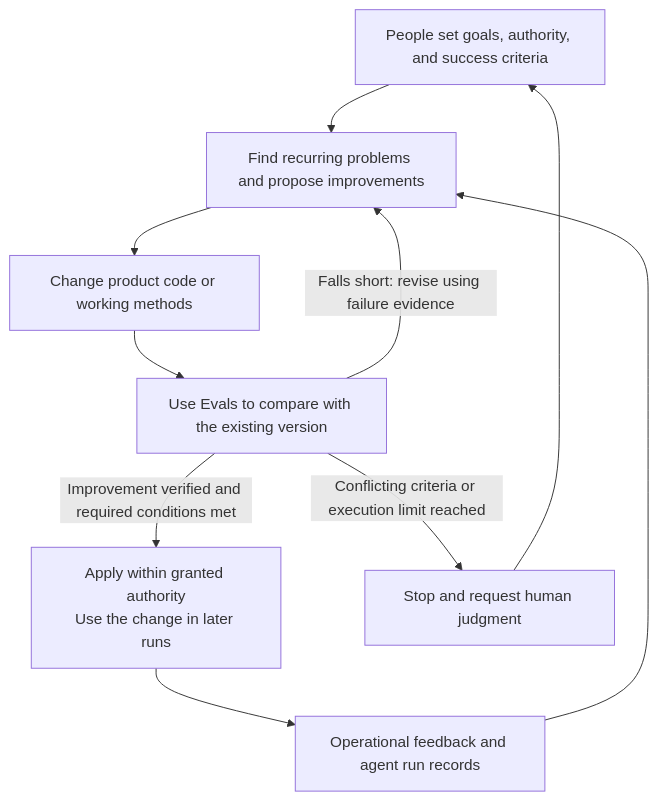
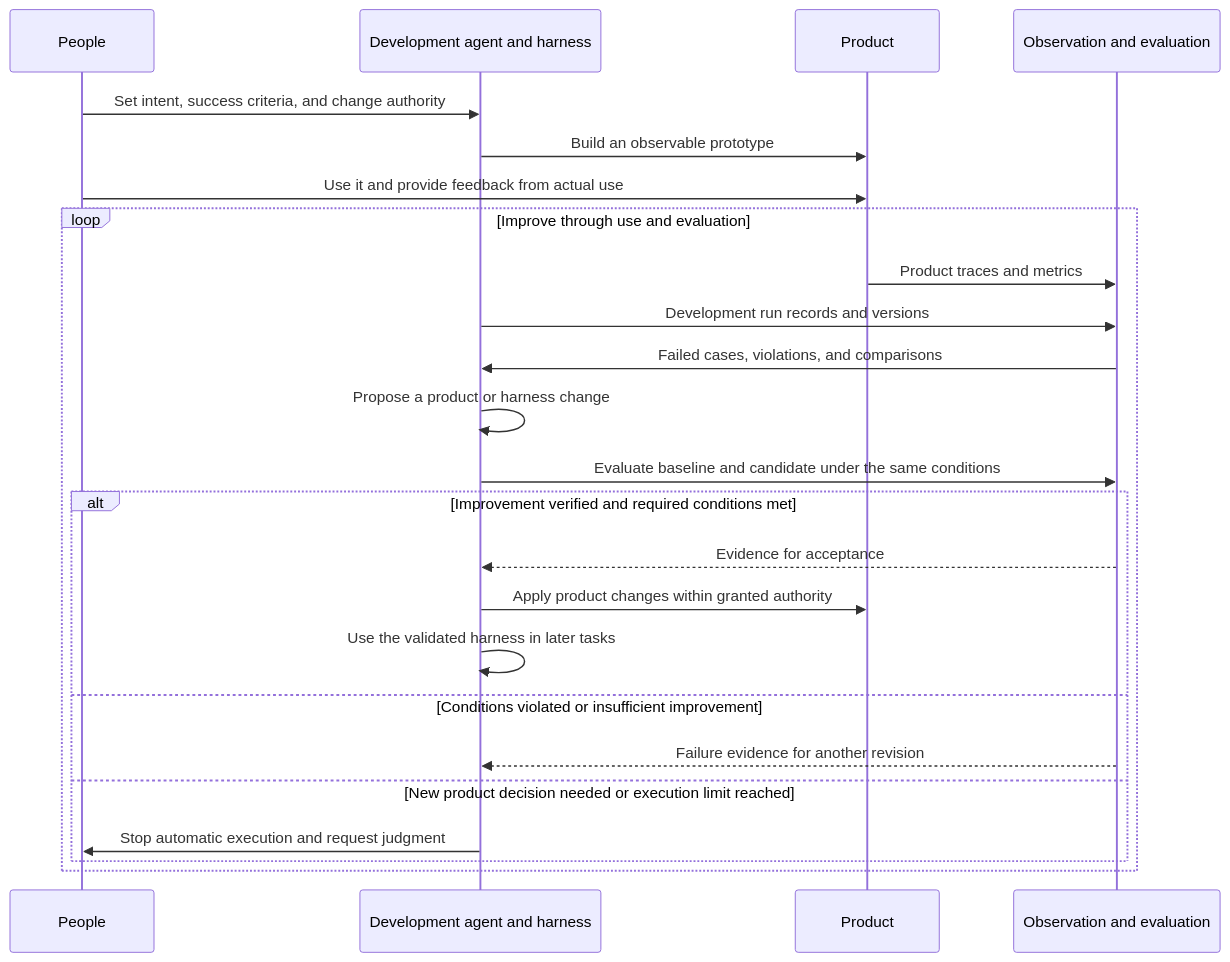
The first of 2 diagrams in _en/2026-10-05-software-factory-evals-and-tension-metrics.md (haandol/haandol.github.com), drawn with Mermaid before and after one commit. The commit also changed other lines of this file and 1 other file, not shown here.

Commit message:
docs: connect software factories to HITL removal and harness learning

````diff
--- a/_en/2026-10-05-software-factory-evals-and-tension-metrics.md
+++ b/_en/2026-10-05-software-factory-evals-and-tension-metrics.md
@@ -49,12 +83,26 @@
 ```mermaid
-flowchart TD
-    H["People set goals, authority, and success criteria"] --> B
-    A["Operational feedback and agent run records"] --> B["Find recurring problems and propose improvements"]
-    B --> C["Change product code or working methods"]
-    C --> D["Use Evals to compare with the existing version"]
-    D -->|Falls short: revise using failure evidence| B
-    D -->|Improvement verified and required conditions met| E["Apply within granted authority<br/>Use the change in later runs"]
-    E --> A
-    D -->|Conflicting criteria or execution limit reached| F["Stop and request human judgment"]
-    F --> H
+sequenceDiagram
+    participant H as People
+    participant F as Development agent and harness
+    participant P as Product
+    participant E as Observation and evaluation
+    H->>F: Set intent, success criteria, and change authority
+    F->>P: Build an observable prototype
+    H->>P: Use it and provide feedback from actual use
+    loop Improve through use and evaluation
+        P->>E: Product traces and metrics
+        F->>E: Development run records and versions
+        E->>F: Failed cases, violations, and comparisons
+        F->>F: Propose a product or harness change
+        F->>E: Evaluate baseline and candidate under the same conditions
+        alt Improvement verified and required conditions met
+            E-->>F: Evidence for acceptance
+            F->>P: Apply product changes within granted authority
+            F->>F: Use the validated harness in later tasks
+        else Conditions violated or insufficient improvement
+            E-->>F: Failure evidence for another revision
+        else New product decision needed or execution limit reached
+            F->>H: Stop automatic execution and request judgment
+        end
+    end
 ```
````
